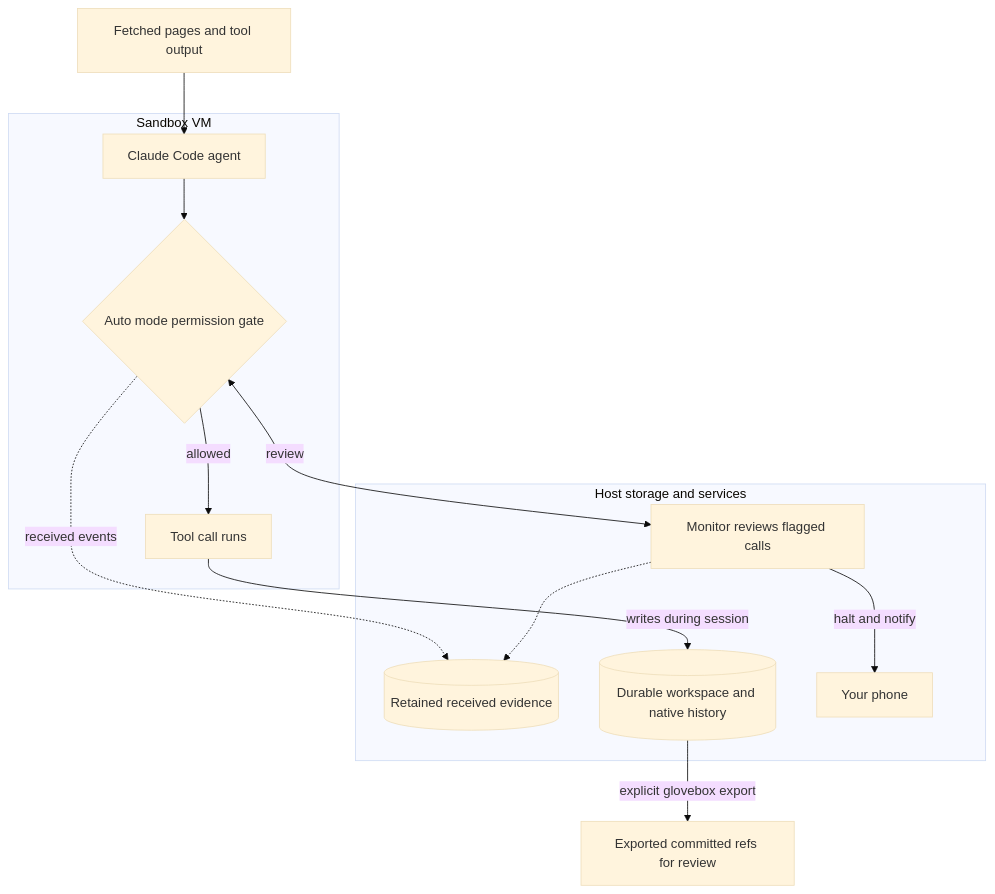
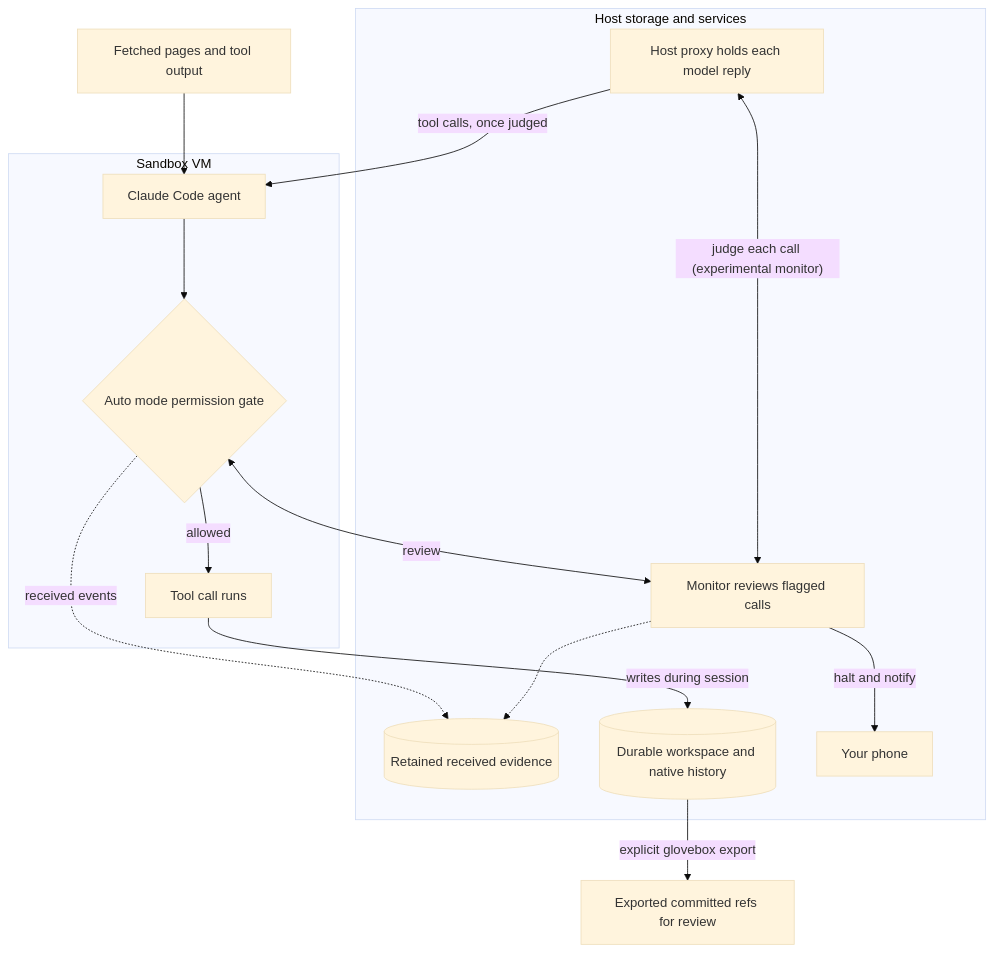
Before and after one commit to alexander-turner/TurnTrout.com: the diagram in quartz/plugins/transformers/.readme-snapshots/AlexanderMattTurner__agent-glovebox__main__README.md, drawn with Mermaid (base theme). The commit also changed other lines of this file and 3 other files, not shown here.

````diff
--- a/quartz/plugins/transformers/.readme-snapshots/AlexanderMattTurner__agent-glovebox__main__README.md
+++ b/quartz/plugins/transformers/.readme-snapshots/AlexanderMattTurner__agent-glovebox__main__README.md
@@ -75,25 +74,28 @@
 ```mermaid
 flowchart TB
     IN["Fetched pages and tool output"]
     subgraph VM["Sandbox VM"]
         AGENT["Claude Code agent"]
         AUTO{"Auto mode permission gate"}
         RUN["Tool call runs"]
     end
     subgraph HOST["Host storage and services"]
+        PROXY["Host proxy holds each model reply"]
         MON["Monitor reviews flagged calls"]
         AUDIT[("Retained received evidence")]
         WS[("Durable workspace and native history")]
         PHONE["Your phone"]
     end
     BRANCH["Exported committed refs for review"]
     IN --> AGENT
+    PROXY -->|"tool calls, once judged"| AGENT
+    PROXY <-->|"judge each call (experimental monitor)"| MON
     AGENT --> AUTO
     AUTO -->|"allowed"| RUN
     AUTO <-->|"review"| MON
     MON -->|"halt and notify"| PHONE
     AUTO -.->|"received events"| AUDIT
     MON -.-> AUDIT
     RUN -->|"writes during session"| WS
     WS -->|"explicit glovebox export"| BRANCH
 ```
````
